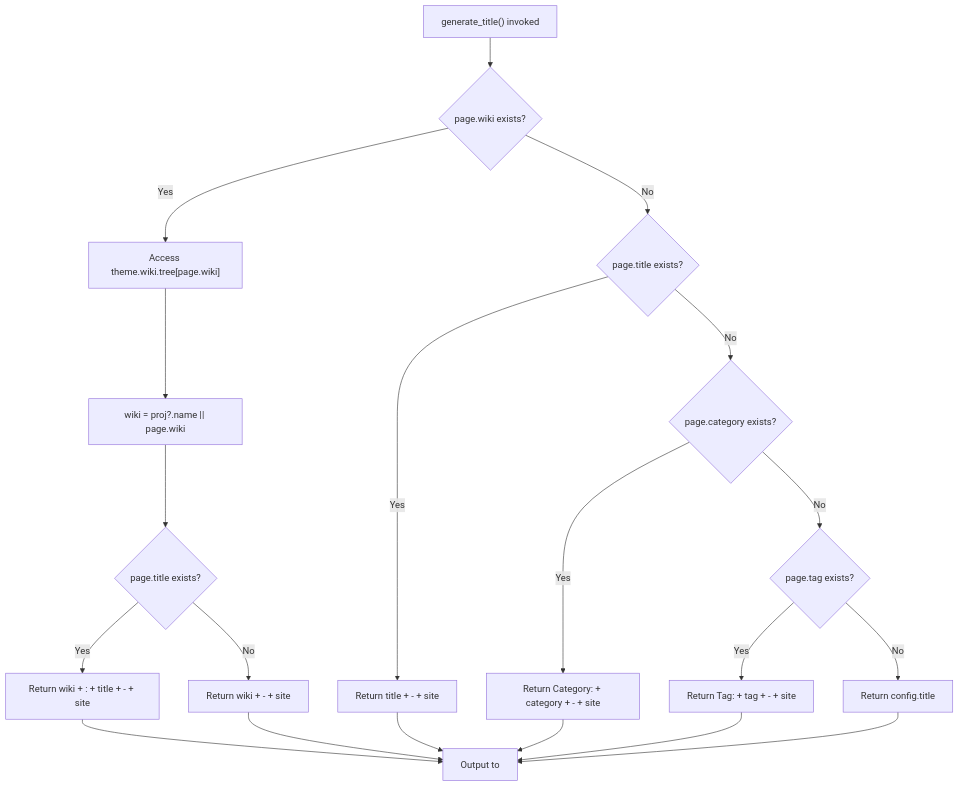
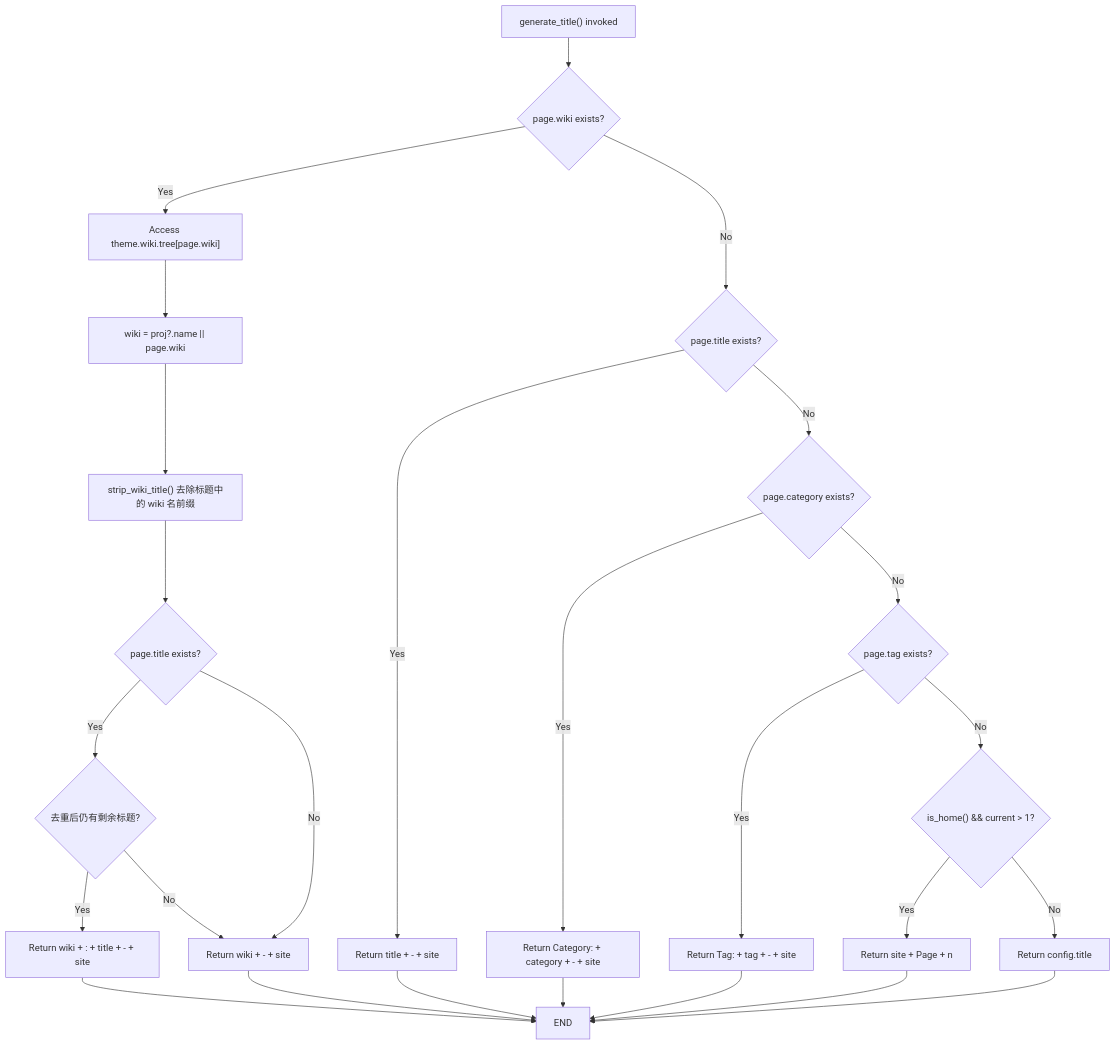
Before and after one commit to penndu/hexo: the second of 8 diagrams in themes/stellar/docs/knowledge/02-布局系统/head-seo.md, drawn with Mermaid. The commit also changed other lines of this file and 33 other files, not shown here.

````diff
--- a/themes/stellar/docs/knowledge/02-布局系统/head-seo.md
+++ b/themes/stellar/docs/knowledge/02-布局系统/head-seo.md
@@ -116,25 +119,31 @@
 ```mermaid
 flowchart TD
     START["generate_title() invoked"] --> ISWIKI{"page.wiki exists?"}
     
     ISWIKI -->|Yes| GETPROJ["Access theme.wiki.tree[page.wiki]"]
     GETPROJ --> GETNAME["wiki = proj?.name || page.wiki"]
-    GETNAME --> HASTITLE{"page.title exists?"}
-    HASTITLE -->|Yes| WIKITITL["Return wiki + : + title + - + site"]
+    GETNAME --> STRIP["strip_wiki_title() 去除标题中的 wiki 名前缀"]
+    STRIP --> HASTITLE{"page.title exists?"}
+    HASTITLE -->|Yes| WIKITITL{"去重后仍有剩余标题?"}
+    WIKITITL -->|Yes| WIKIFULL["Return wiki + : + title + - + site"]
+    WIKITITL -->|No| WIKIHOME["Return wiki + - + site"]
     HASTITLE -->|No| WIKIHOME["Return wiki + - + site"]
     
     ISWIKI -->|No| PAGECHECK{"page.title exists?"}
     PAGECHECK -->|Yes| PAGETITLE["Return title + - + site"]
     PAGECHECK -->|No| CATCHECK{"page.category exists?"}
     CATCHECK -->|Yes| CATTITLE["Return Category: + category + - + site"]
     CATCHECK -->|No| TAGCHECK{"page.tag exists?"}
     TAGCHECK -->|Yes| TAGTITLE["Return Tag: + tag + - + site"]
-    TAGCHECK -->|No| DEFAULTTITLE["Return config.title"]
+    TAGCHECK -->|No| PAGECHECK2{"is_home() && current > 1?"}
+    PAGECHECK2 -->|Yes| PAGETITLE2["Return site + Page + n"]
+    PAGECHECK2 -->|No| DEFAULTTITLE["Return config.title"]
     
-    WIKITITL --> END["Output to <title> tag"]
+    WIKIFULL --> END
     WIKIHOME --> END
     PAGETITLE --> END
+    PAGETITLE2 --> END
     CATTITLE --> END
     TAGTITLE --> END
     DEFAULTTITLE --> END
 ```
````
